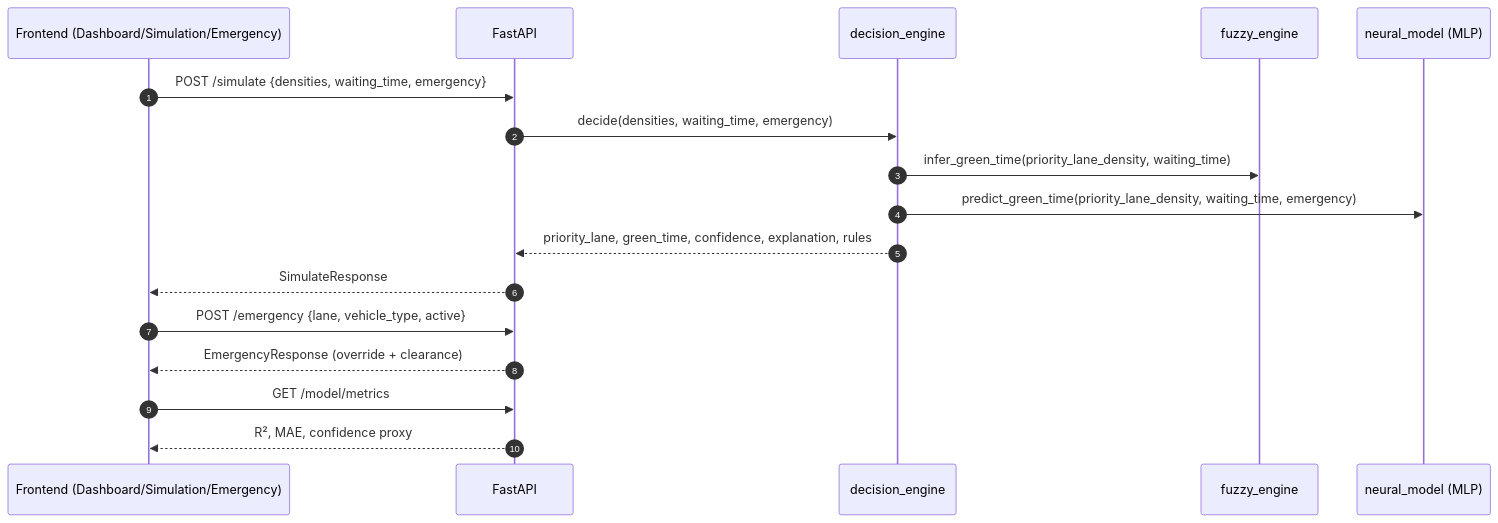
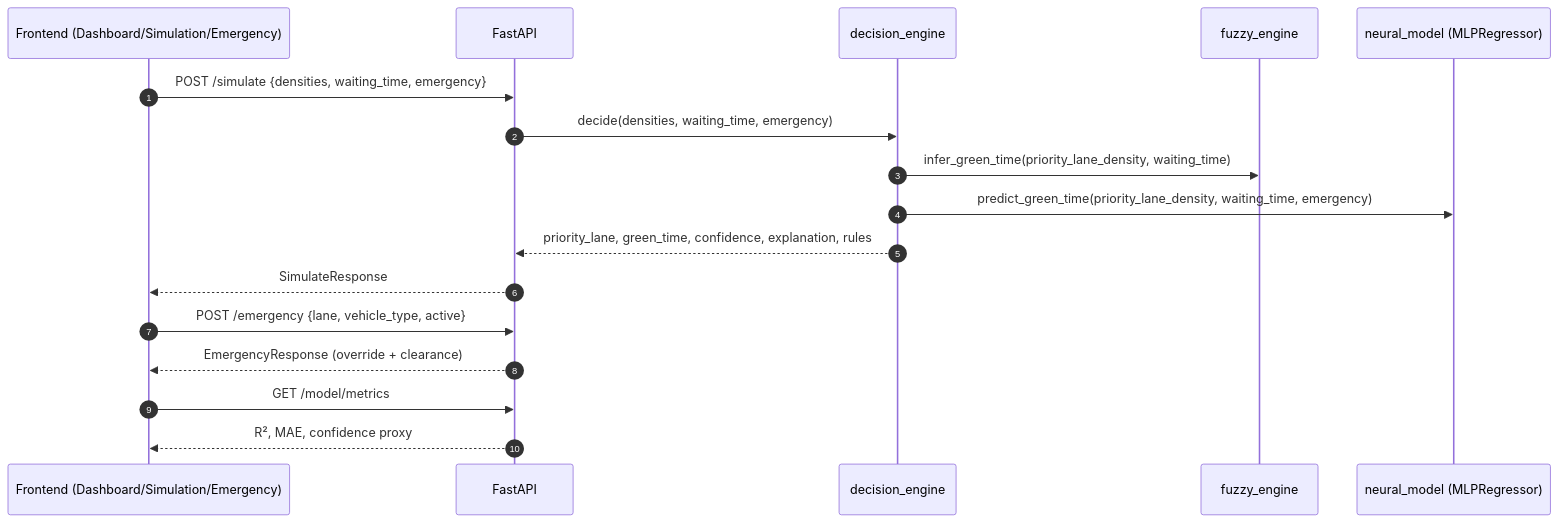
Before and after one commit to yuvraj20gole/NeuroFlow: the second of 2 diagrams in README.md, drawn with Mermaid. The commit also changed other lines of this file, not shown here.

First line of the commit message:
Docs: fix Mermaid rendering

````diff
--- a/README.md
+++ b/README.md
@@ -70,22 +70,22 @@
 ```mermaid
 sequenceDiagram
   autonumber
   participant FE as Frontend (Dashboard/Simulation/Emergency)
   participant API as FastAPI
   participant DEC as decision_engine
   participant FZ as fuzzy_engine
-  participant NN as neural_model (MLP)
+  participant NN as neural_model (MLPRegressor)
 
   FE->>API: POST /simulate {densities, waiting_time, emergency}
   API->>DEC: decide(densities, waiting_time, emergency)
   DEC->>FZ: infer_green_time(priority_lane_density, waiting_time)
   DEC->>NN: predict_green_time(priority_lane_density, waiting_time, emergency)
   DEC-->>API: priority_lane, green_time, confidence, explanation, rules
   API-->>FE: SimulateResponse
 
   FE->>API: POST /emergency {lane, vehicle_type, active}
   API-->>FE: EmergencyResponse (override + clearance)
 
   FE->>API: GET /model/metrics
   API-->>FE: R², MAE, confidence proxy
 ```
````
